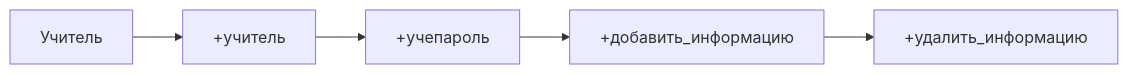
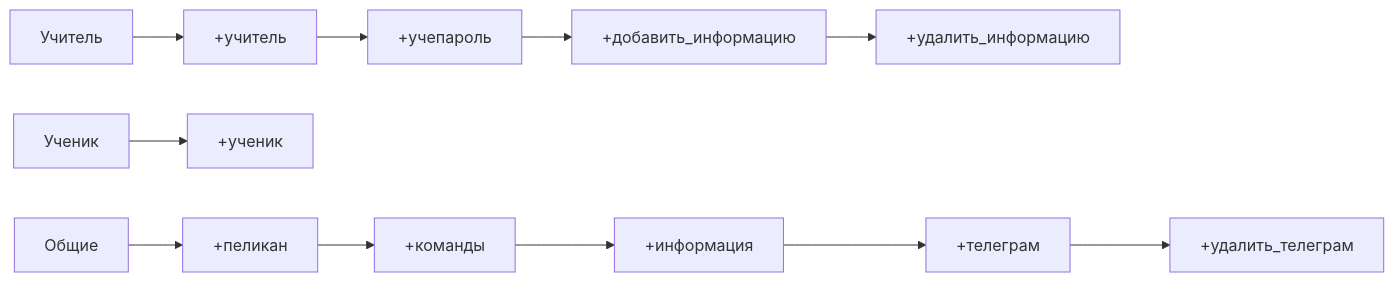
The second of 2 diagrams in README.md (caffreyfizz/discord.py-platform-SIC), drawn with Mermaid before and after one commit.

````diff
--- a/README.md
+++ b/README.md
@@ -119,5 +119,7 @@
 ```mermaid
 graph LR;
     Учитель-->+учитель-->+учепароль-->+добавить_информацию-->+удалить_информацию;
+    Ученик-->+ученик
+    Общие-->+пеликан-->+команды-->+информация-->+телеграм-->+удалить_телеграм
       
 ```
````
